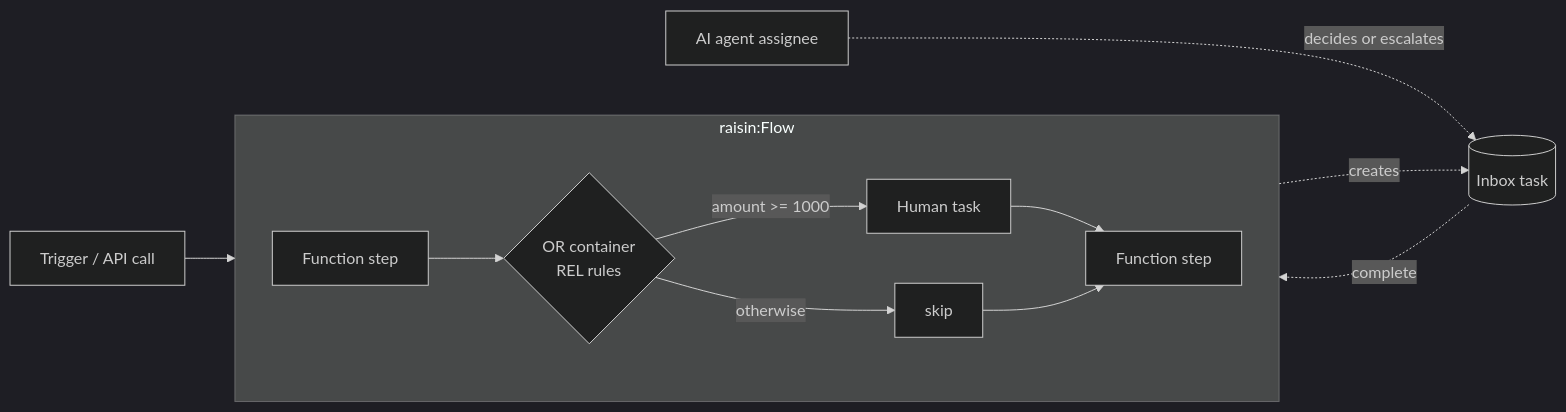
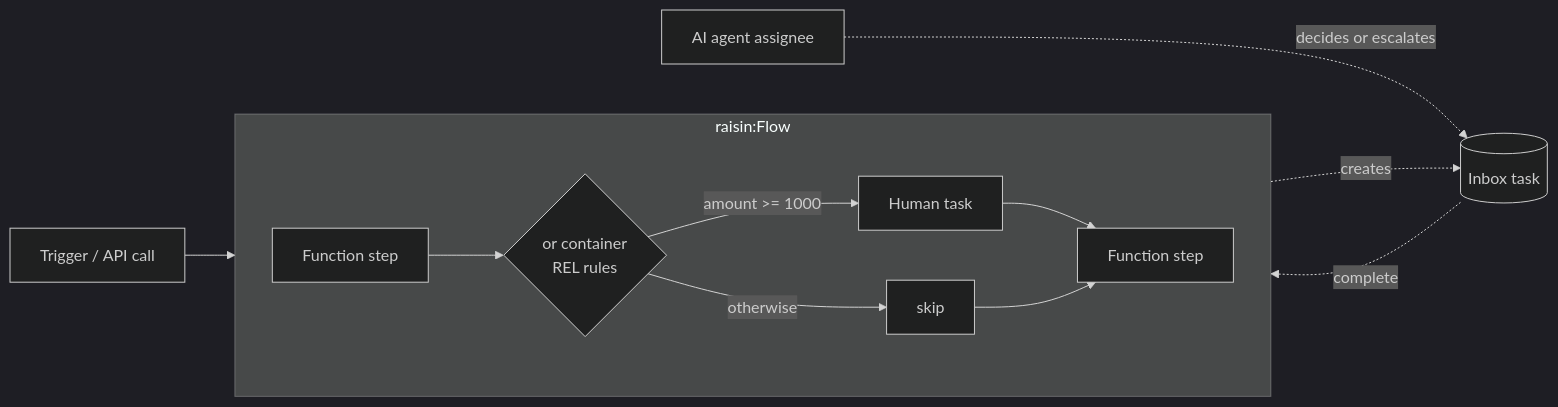
The diagram in docs/guides/workflows/overview.md (maravilla-labs/raisindb-website), drawn with Mermaid (dark theme) before and after one commit. The commit also changed other lines of this file and 174 other files, not shown here.

````diff
--- a/docs/guides/workflows/overview.md
+++ b/docs/guides/workflows/overview.md
@@ -9,15 +9,15 @@
 ```mermaid
 flowchart LR
     subgraph Flow["raisin:Flow"]
         direction LR
-        F[Function step] --> G{OR container<br/>REL rules}
+        F[Function step] --> G{or container<br/>REL rules}
         G -->|"amount >= 1000"| H[Human task]
         G -->|otherwise| S[skip]
         H --> I[Function step]
         S --> I
     end
     T[Trigger / API call] --> Flow
     H -. creates .-> X[(Inbox task)]
     X -. complete .-> H
     A[AI agent assignee] -. decides or escalates .-> X
 ```
````
